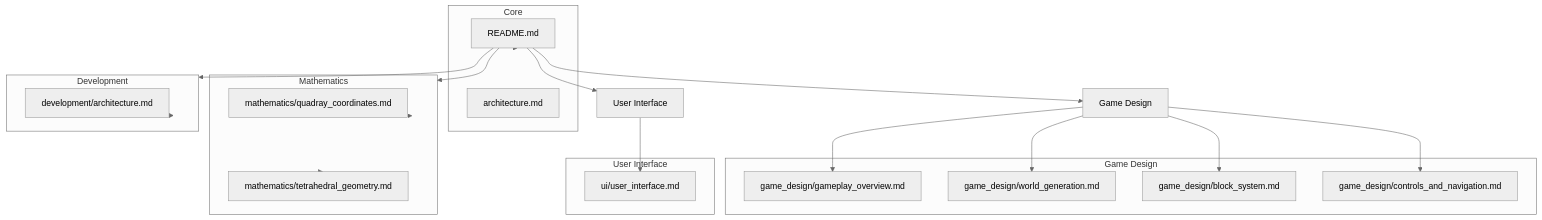
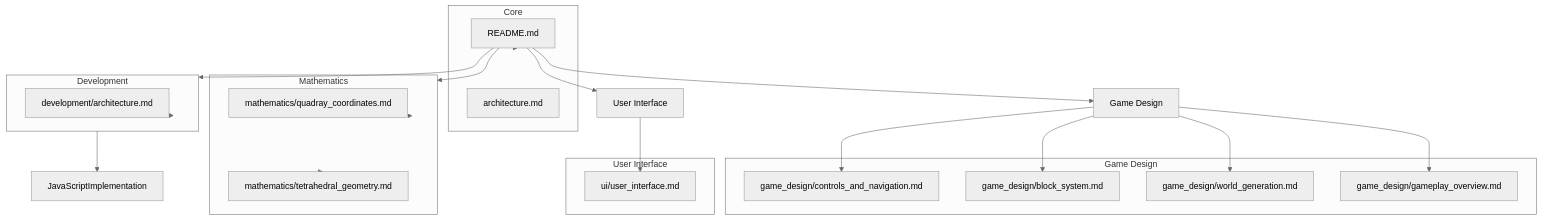
Before and after one commit to docxology/QuadCraft: the diagram in docs/README.md, drawn with Mermaid (neutral theme). The commit also changed other lines of this file and 11 other files, not shown here.

````diff
--- a/docs/README.md
+++ b/docs/README.md
@@ -5,45 +5,46 @@
 ```mermaid
 flowchart TD
     subgraph Core
         README["README.md"]
         Architecture["architecture.md"]
     end
 
     subgraph Mathematics
         QuadrayCoordinates["mathematics/quadray_coordinates.md"]
         TetrahedralGeometry["mathematics/tetrahedral_geometry.md"]
     end
 
     subgraph "Game Design"
         GameplayOverview["game_design/gameplay_overview.md"]
         WorldGeneration["game_design/world_generation.md"]
         BlockSystem["game_design/block_system.md"]
         ControlsNavigation["game_design/controls_and_navigation.md"]
     end
 
     subgraph "User Interface"
         UIDesign["ui/user_interface.md"]
     end
 
     subgraph Development
         TechnicalArchitecture["development/architecture.md"]
     end
 
     README --> Core
     README --> Mathematics
     README --> GameDesign["Game Design"]
     README --> UserInterface["User Interface"]
     README --> Development
 
     GameDesign --> GameplayOverview
     GameDesign --> WorldGeneration
     GameDesign --> BlockSystem
     GameDesign --> ControlsNavigation
 
     UserInterface --> UIDesign
 
     Mathematics --> QuadrayCoordinates
     Mathematics --> TetrahedralGeometry
 
     Development --> TechnicalArchitecture
+    Development --> JavaScriptImplementation
 ```
````
